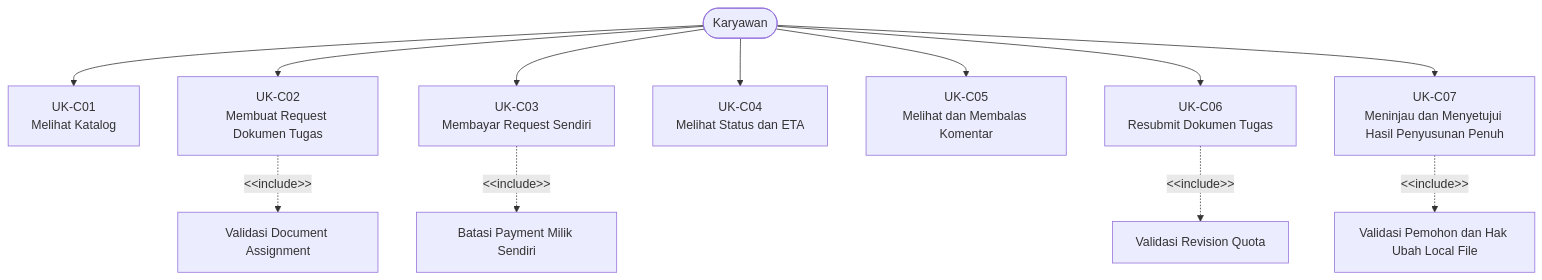
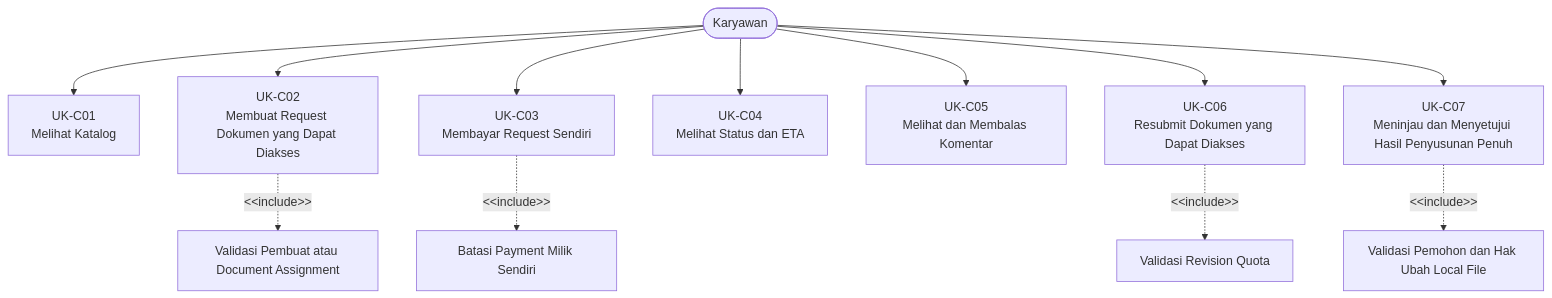
One commit to dayatmuc/tp-docs-documentation changed the second of 2 diagrams in 02-With-Consultant/02-Use-Case/Employee.md. Above: the diagram before and after it, drawn with Mermaid. The commit also changed other lines of this file and 35 other files, not shown here.

````diff
--- a/02-With-Consultant/02-Use-Case/Employee.md
+++ b/02-With-Consultant/02-Use-Case/Employee.md
@@ -88,14 +109,14 @@
 ```mermaid
 flowchart TB
     EMP([Karyawan]) --> K01["UK-C01<br/>Melihat Katalog"]
-    EMP --> K02["UK-C02<br/>Membuat Request Dokumen Tugas"]
+    EMP --> K02["UK-C02<br/>Membuat Request Dokumen yang Dapat Diakses"]
     EMP --> K03["UK-C03<br/>Membayar Request Sendiri"]
     EMP --> K04["UK-C04<br/>Melihat Status dan ETA"]
     EMP --> K05["UK-C05<br/>Melihat dan Membalas Komentar"]
-    EMP --> K06["UK-C06<br/>Resubmit Dokumen Tugas"]
+    EMP --> K06["UK-C06<br/>Resubmit Dokumen yang Dapat Diakses"]
     EMP --> K07["UK-C07<br/>Meninjau dan Menyetujui Hasil Penyusunan Penuh"]
-    K02 -. "&lt;&lt;include&gt;&gt;" .-> ASSIGN["Validasi Document Assignment"]
+    K02 -. "&lt;&lt;include&gt;&gt;" .-> ASSIGN["Validasi Pembuat atau Document Assignment"]
     K03 -. "&lt;&lt;include&gt;&gt;" .-> OWN["Batasi Payment Milik Sendiri"]
     K06 -. "&lt;&lt;include&gt;&gt;" .-> QUOTA["Validasi Revision Quota"]
     K07 -. "&lt;&lt;include&gt;&gt;" .-> EDIT["Validasi Pemohon dan Hak Ubah Local File"]
 ```
````
